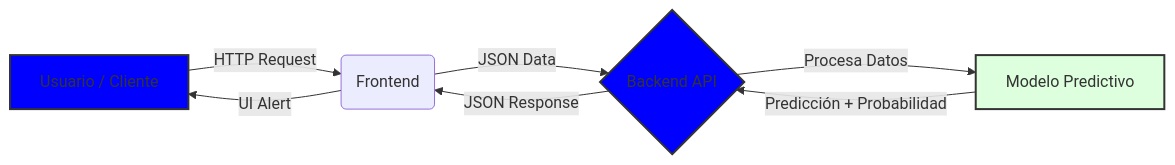
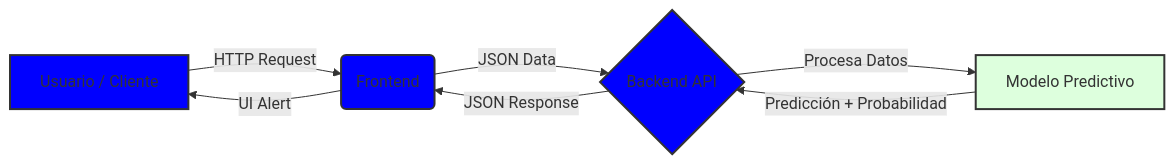
Before and after one commit to educhile1/FlightOnTime_H12-25-L-Equipo-75: the diagram in README.md, drawn with Mermaid.

````diff
--- a/README.md
+++ b/README.md
@@ -75,13 +75,14 @@
 ```mermaid
 graph LR
     A[Usuario / Cliente] -- HTTP Request --> B(Frontend)
     B -- JSON Data --> C{Backend API}
     C -- Procesa Datos --> D[Modelo Predictivo]
     D -- Predicción + Probabilidad --> C
     C -- JSON Response --> B
     B -- UI Alert --> A
     
     style A fill:#00f,stroke:#333,stroke-width:2px
+    style B fill:#00f,stroke:#333,stroke-width:2px
     style C fill:#00f,stroke:#333,stroke-width:2px
     style D fill:#dfd,stroke:#333,stroke-width:2px
 ```
````
